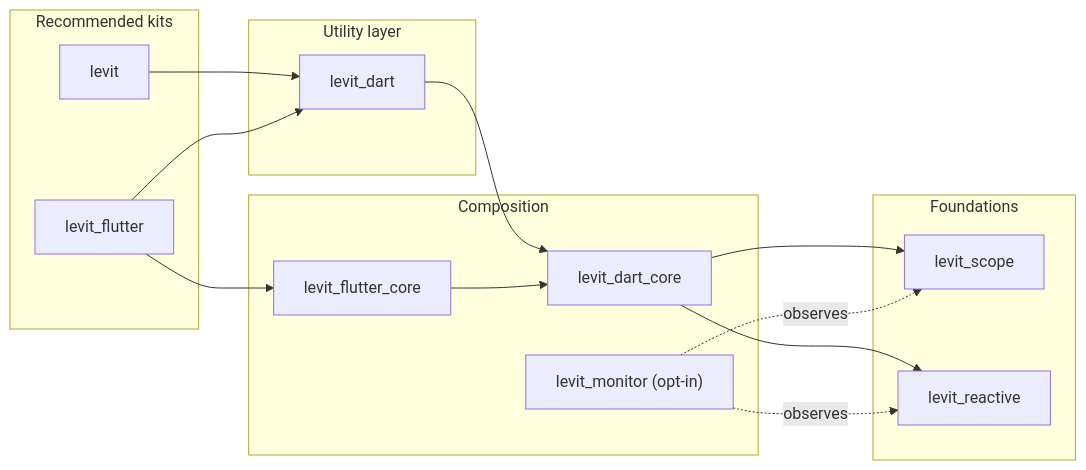
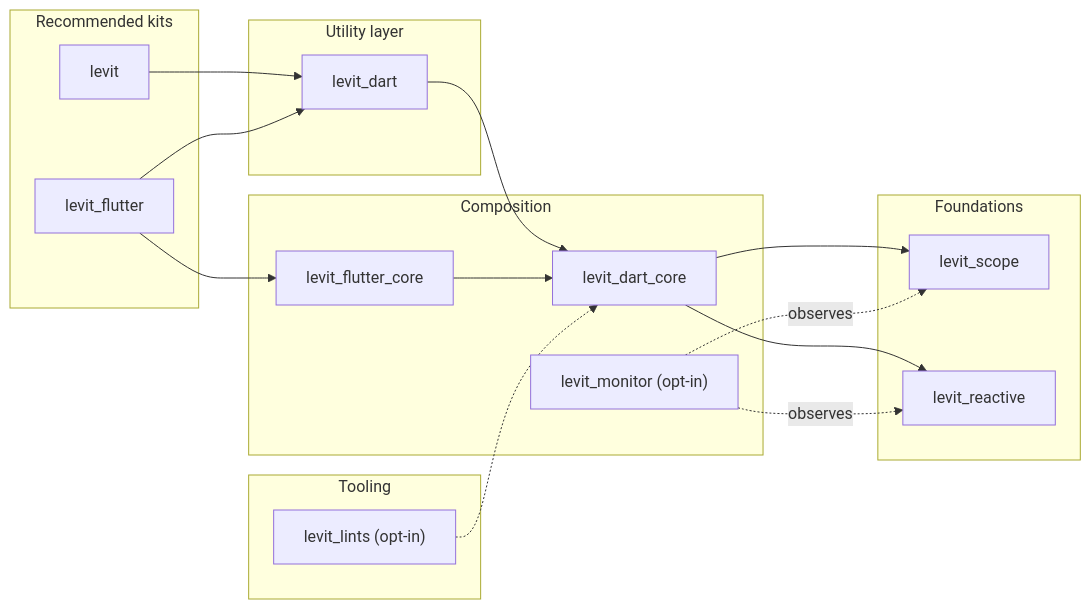
Before and after one commit to atoumbre/levit: the diagram in README.md, drawn with Mermaid. The commit also changed other lines of this file and 107 other files, not shown here.

````diff
--- a/README.md
+++ b/README.md
@@ -134,32 +138,37 @@
 ```mermaid
 flowchart LR
   subgraph Recommended kits
     K1[levit]
     K2[levit_flutter]
   end
 
   subgraph Utility layer
     U1[levit_dart]
   end
 
   subgraph Composition
     C1[levit_dart_core]
     C2[levit_flutter_core]
     C3["levit_monitor (opt-in)"]
   end
 
   subgraph Foundations
     F1[levit_scope]
     F2[levit_reactive]
   end
 
+  subgraph Tooling
+    T1["levit_lints (opt-in)"]
+  end
+
   K1 --> U1
   K2 --> C2
   K2 --> U1
   U1 --> C1
   C2 --> C1
   C1 --> F1
   C1 --> F2
   C3 -.observes.-> F1
   C3 -.observes.-> F2
+  T1 -.-> C1
 ```
````
